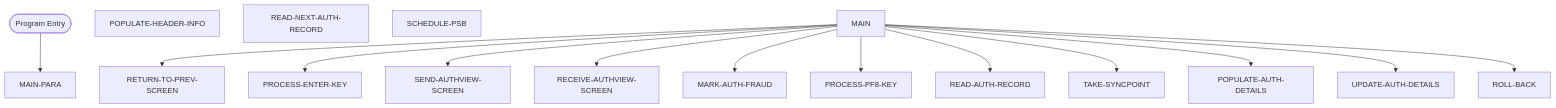
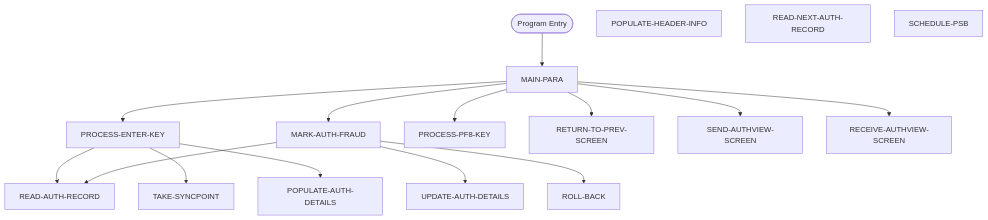
One commit to Arun973150/new_doc changed the second of 2 diagrams in Unisys_doc-main/doc_demo/docs/programs/COPAUS1C.md. Above: the diagram before and after it, drawn with Mermaid. The commit also changed other lines of this file and 662 other files, not shown here.

````diff
--- a/Unisys_doc-main/doc_demo/docs/programs/COPAUS1C.md
+++ b/Unisys_doc-main/doc_demo/docs/programs/COPAUS1C.md
@@ -178,31 +413,32 @@
 ```mermaid
 flowchart TD
     START([Program Entry])
     MAIN_PARA["MAIN-PARA"]
     PROCESS_ENTER_KEY["PROCESS-ENTER-KEY"]
     MARK_AUTH_FRAUD["MARK-AUTH-FRAUD"]
     PROCESS_PF8_KEY["PROCESS-PF8-KEY"]
     POPULATE_AUTH_DETAILS["POPULATE-AUTH-DETAILS"]
     RETURN_TO_PREV_SCREEN["RETURN-TO-PREV-SCREEN"]
     SEND_AUTHVIEW_SCREEN["SEND-AUTHVIEW-SCREEN"]
     RECEIVE_AUTHVIEW_SCREEN["RECEIVE-AUTHVIEW-SCREEN"]
     POPULATE_HEADER_INFO["POPULATE-HEADER-INFO"]
     READ_AUTH_RECORD["READ-AUTH-RECORD"]
     READ_NEXT_AUTH_RECORD["READ-NEXT-AUTH-RECORD"]
     UPDATE_AUTH_DETAILS["UPDATE-AUTH-DETAILS"]
     TAKE_SYNCPOINT["TAKE-SYNCPOINT"]
     ROLL_BACK["ROLL-BACK"]
     SCHEDULE_PSB["SCHEDULE-PSB"]
     START --> MAIN_PARA
-    MAIN --> RETURN_TO_PREV_SCREEN
-    MAIN --> PROCESS_ENTER_KEY
-    MAIN --> SEND_AUTHVIEW_SCREEN
-    MAIN --> RECEIVE_AUTHVIEW_SCREEN
-    MAIN --> MARK_AUTH_FRAUD
-    MAIN --> PROCESS_PF8_KEY
-    MAIN --> READ_AUTH_RECORD
-    MAIN --> TAKE_SYNCPOINT
-    MAIN --> POPULATE_AUTH_DETAILS
-    MAIN --> UPDATE_AUTH_DETAILS
-    MAIN --> ROLL_BACK
+    MAIN_PARA --> RETURN_TO_PREV_SCREEN
+    MAIN_PARA --> PROCESS_ENTER_KEY
+    MAIN_PARA --> SEND_AUTHVIEW_SCREEN
+    MAIN_PARA --> RECEIVE_AUTHVIEW_SCREEN
+    MAIN_PARA --> MARK_AUTH_FRAUD
+    MAIN_PARA --> PROCESS_PF8_KEY
+    PROCESS_ENTER_KEY --> READ_AUTH_RECORD
+    PROCESS_ENTER_KEY --> TAKE_SYNCPOINT
+    PROCESS_ENTER_KEY --> POPULATE_AUTH_DETAILS
+    MARK_AUTH_FRAUD --> READ_AUTH_RECORD
+    MARK_AUTH_FRAUD --> UPDATE_AUTH_DETAILS
+    MARK_AUTH_FRAUD --> ROLL_BACK
 ```
````
